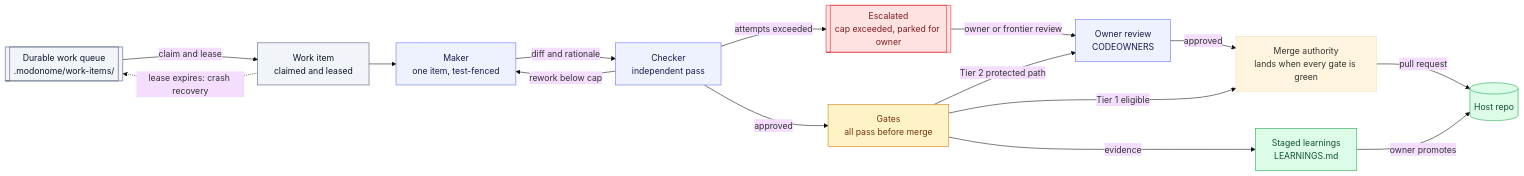
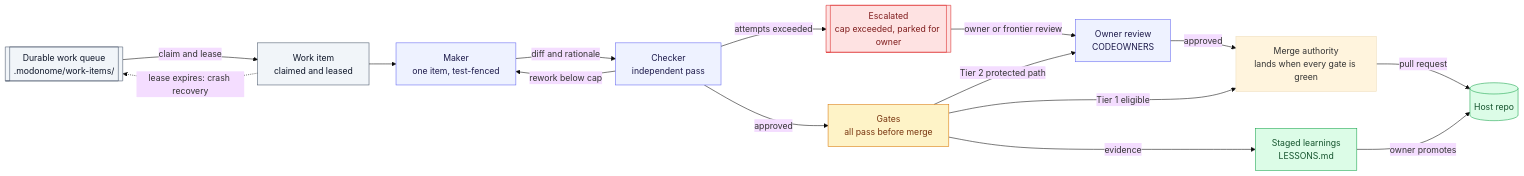
Before and after one commit to enumind/modonome: the second of 6 diagrams in ARCHITECTURE.md, drawn with Mermaid (base theme). The commit also changed other lines of this file and 44 other files, not shown here.

Commit message:
Rename LEARNINGS.md to LESSONS.md across the repo (#113)

````diff
--- a/ARCHITECTURE.md
+++ b/ARCHITECTURE.md
@@ -144,40 +144,40 @@
 ```mermaid
 flowchart LR
   classDef queue fill:#f1f5f9,stroke:#475569,color:#0f172a;
   classDef role fill:#eef2ff,stroke:#6366f1,color:#1e1b4b;
   classDef gate fill:#fef3c7,stroke:#d97706,color:#78350f;
   classDef sink fill:#dcfce7,stroke:#16a34a,color:#14532d;
   classDef stop fill:#fee2e2,stroke:#dc2626,color:#7f1d1d;
 
   queue[["Durable work queue<br/>.modonome/work-items/"]]
   item["Work item<br/>claimed and leased"]
   maker["Maker<br/>one item, test-fenced"]
   checker["Checker<br/>independent pass"]
   gates["Gates<br/>all pass before merge"]
   owner["Owner review<br/>CODEOWNERS"]
   merge["Merge authority<br/>lands when every gate is green"]
   repo[("Host repo")]
-  learn["Staged learnings<br/>LEARNINGS.md"]
+  learn["Staged learnings<br/>LESSONS.md"]
   escalated[["Escalated<br/>cap exceeded, parked for owner"]]
 
   queue -->|claim and lease| item
   item --> maker
   item -.->|lease expires: crash recovery| queue
   maker -->|diff and rationale| checker
   checker -->|rework below cap| maker
   checker -->|attempts exceeded| escalated
   checker -->|approved| gates
   gates -->|Tier 2 protected path| owner
   gates -->|Tier 1 eligible| merge
   owner -->|approved| merge
   escalated -->|owner or frontier review| owner
   merge -->|pull request| repo
   gates -->|evidence| learn
   learn -->|owner promotes| repo
 
   class queue,item queue
   class maker,checker,owner role
   class gates gate
   class repo,learn sink
   class escalated stop
 ```
````
